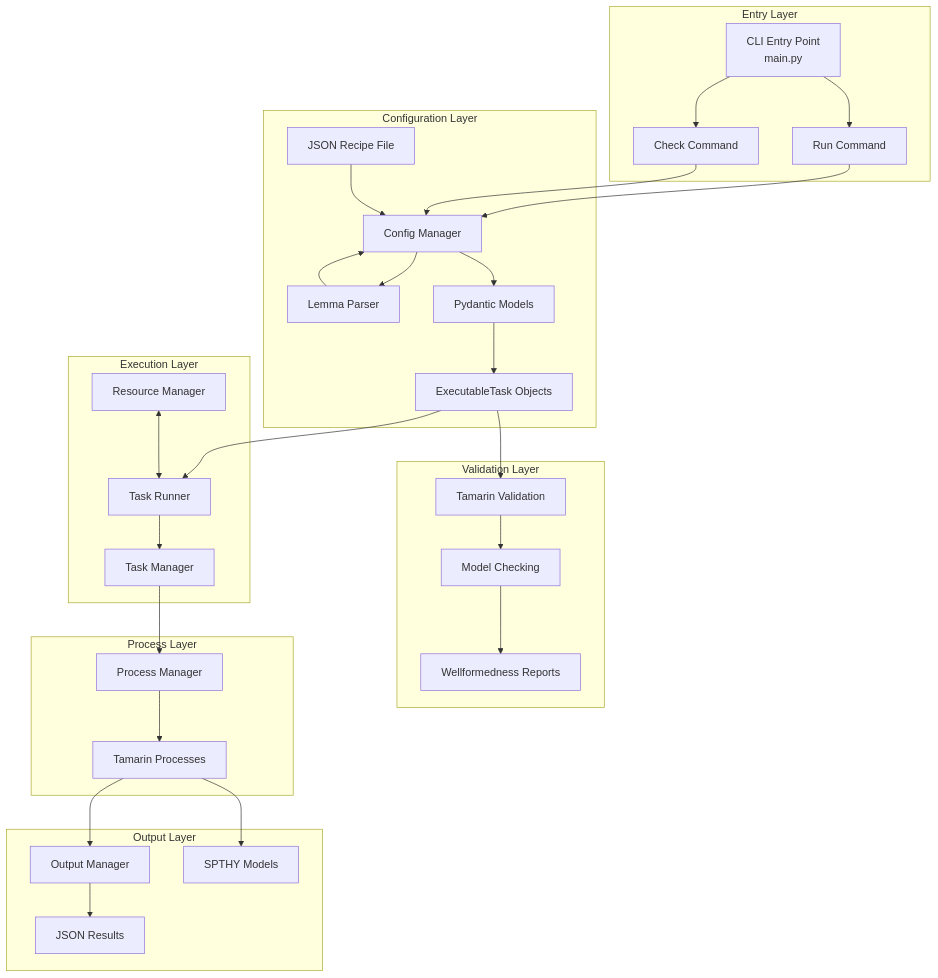
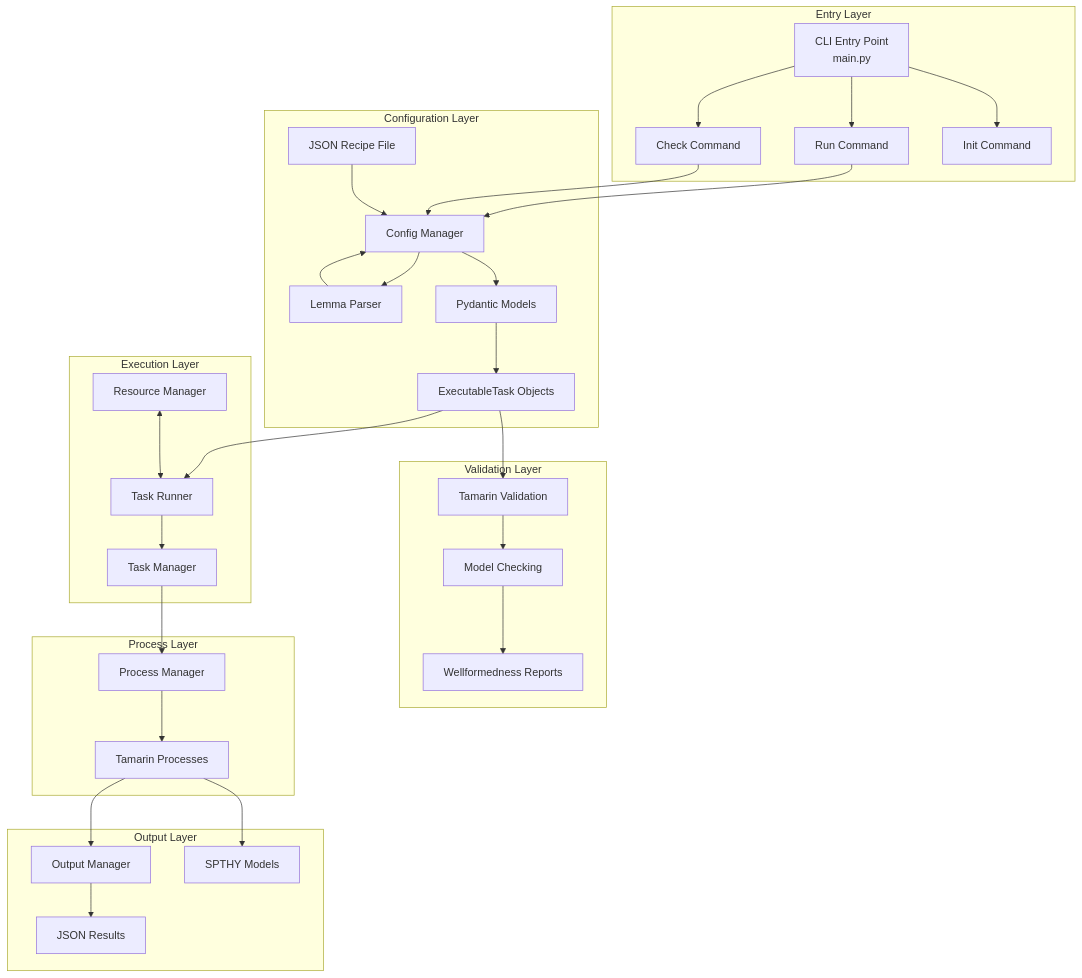
The first of 11 diagrams in ARCHITECTURE.md (tamarin-prover/batch-tamarin), drawn with Mermaid before and after one commit. The commit also changed other lines of this file and 1 other file, not shown here.

Commit message:
docs: update README and ARCHITECTURE

````diff
--- a/ARCHITECTURE.md
+++ b/ARCHITECTURE.md
@@ -58,64 +64,66 @@
 ```mermaid
 graph TB
     subgraph "Entry Layer"
         CLI[CLI Entry Point<br/>main.py]
         RUN_CMD[Run Command]
         CHECK_CMD[Check Command]
+        INIT_CMD[Init Command]
     end
 
     subgraph "Configuration Layer"
         CM[Config Manager]
         LP[Lemma Parser]
         JSON[JSON Recipe File]
         PM[Pydantic Models]
         ET[ExecutableTask Objects]
     end
 
     subgraph "Execution Layer"
         TR[Task Runner]
         RM[Resource Manager]
         TM[Task Manager]
     end
 
     subgraph "Validation Layer"
         TV[Tamarin Validation]
         MC[Model Checking]
         WF[Wellformedness Reports]
     end
 
     subgraph "Process Layer"
         PROC[Process Manager]
         TP[Tamarin Processes]
     end
 
     subgraph "Output Layer"
         OM[Output Manager]
         RESULTS[JSON Results]
         MODELS[SPTHY Models]
     end
 
     CLI --> RUN_CMD
     CLI --> CHECK_CMD
+    CLI --> INIT_CMD
     RUN_CMD --> CM
     CHECK_CMD --> CM
     JSON --> CM
     CM --> LP
     CM --> PM
     LP --> CM
     PM --> ET
 
     %% Run Command Flow
     ET --> TR
     RM <--> TR
     TR --> TM
     TM --> PROC
     PROC --> TP
     TP --> OM
     OM --> RESULTS
     TP --> MODELS
 
     %% Check Command Flow
     ET --> TV
     TV --> MC
     MC --> WF
 ```
````
